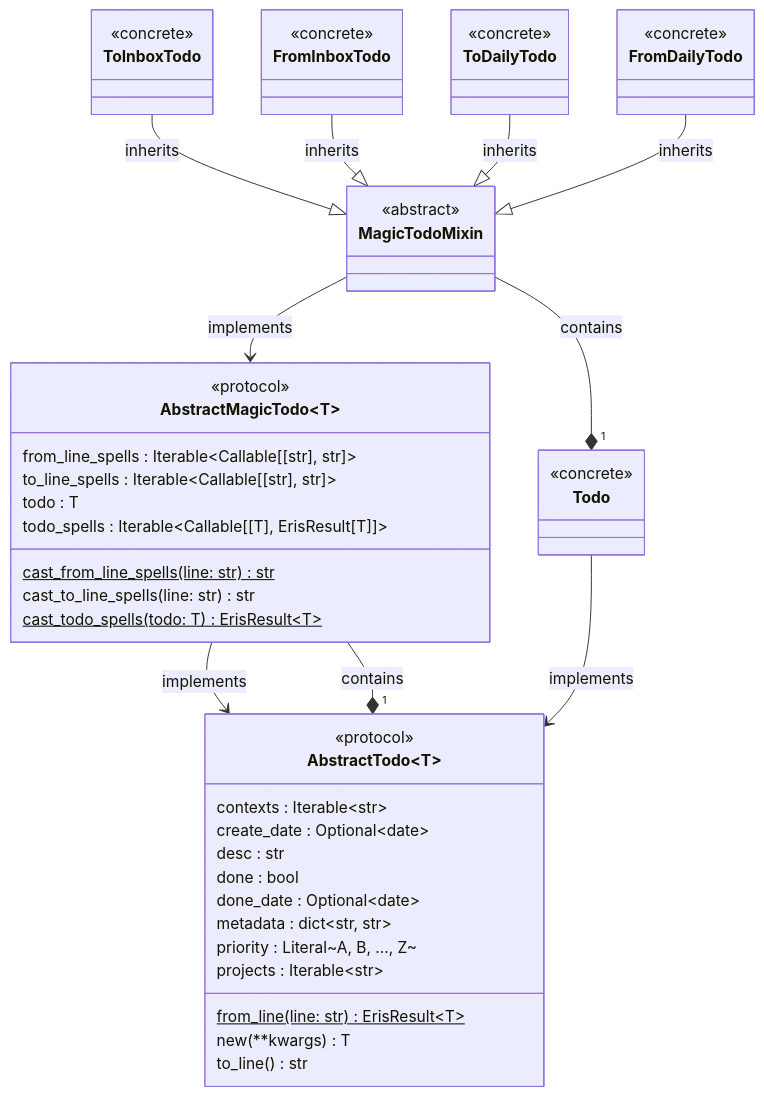
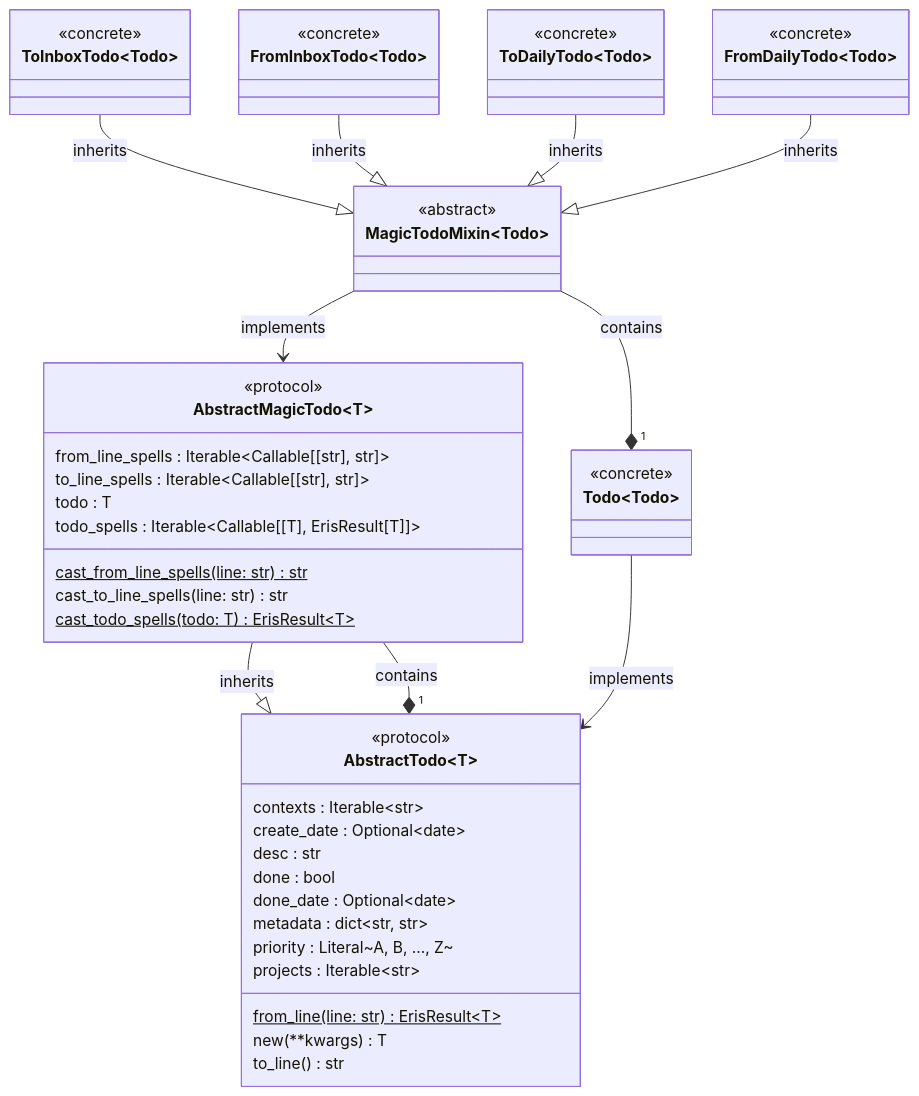
The second of 3 diagrams in docs/design/design.template.md (bbugyi200/greatday), drawn with Mermaid before and after one commit. The commit also changed other lines of this file and 5 other files, not shown here.

Commit message:
Add class diagram for potoroo Repo and UnitOfWork

````diff
--- a/docs/design/design.template.md
+++ b/docs/design/design.template.md
@@ -67,66 +72,66 @@
 ```mermaid
 classDiagram
     class AbstractTodo~T~ {
         <<protocol>>
 
         contexts : Iterable~str~
         create_date : Optional~date~
         desc : str
         done : bool
         done_date : Optional~date~
         metadata : dict~str, str~
         priority : Literal~A, B, ..., Z~
         projects : Iterable~str~
 
         from_line(line: str)$ ErisResult~T~
         new(**kwargs) T
         to_line() str
     }
 
-    class Todo {
+    class Todo~Todo~ {
         <<concrete>>
     }
 
     class AbstractMagicTodo~T~ {
         <<protocol>>
 
         from_line_spells : Iterable~Callable[[str], str]~
         to_line_spells : Iterable~Callable[[str], str]~
         todo : T
         todo_spells : Iterable~Callable[[T], ErisResult[T]]~
 
         cast_from_line_spells(line: str)$ str
         cast_to_line_spells(line: str) str
         cast_todo_spells(todo: T)$ ErisResult~T~
     }
 
-    class MagicTodoMixin {
+    class MagicTodoMixin~Todo~ {
         <<abstract>>
     }
 
-    class ToInboxTodo {
+    class ToInboxTodo~Todo~ {
         <<concrete>>
     }
 
-    class FromInboxTodo {
+    class FromInboxTodo~Todo~ {
         <<concrete>>
     }
 
-    class ToDailyTodo {
+    class ToDailyTodo~Todo~ {
         <<concrete>>
     }
 
-    class FromDailyTodo {
+    class FromDailyTodo~Todo~ {
         <<concrete>>
     }
 
-    AbstractMagicTodo --> AbstractTodo: implements
+    AbstractMagicTodo --|> AbstractTodo: inherits
     AbstractMagicTodo --* "1" AbstractTodo: contains
     Todo --> AbstractTodo: implements
     MagicTodoMixin --> AbstractMagicTodo: implements
     MagicTodoMixin --* "1" Todo: contains
     ToInboxTodo --|> MagicTodoMixin: inherits
     FromInboxTodo --|> MagicTodoMixin: inherits
     ToDailyTodo --|> MagicTodoMixin: inherits
     FromDailyTodo --|> MagicTodoMixin: inherits
 ```
````
